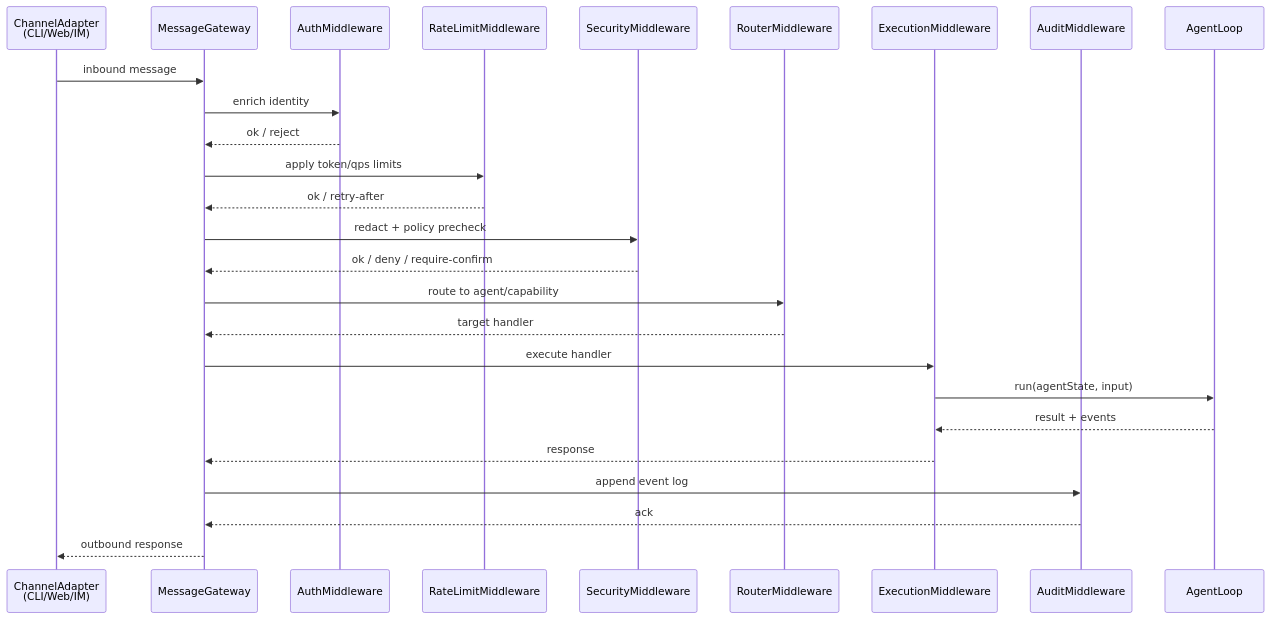
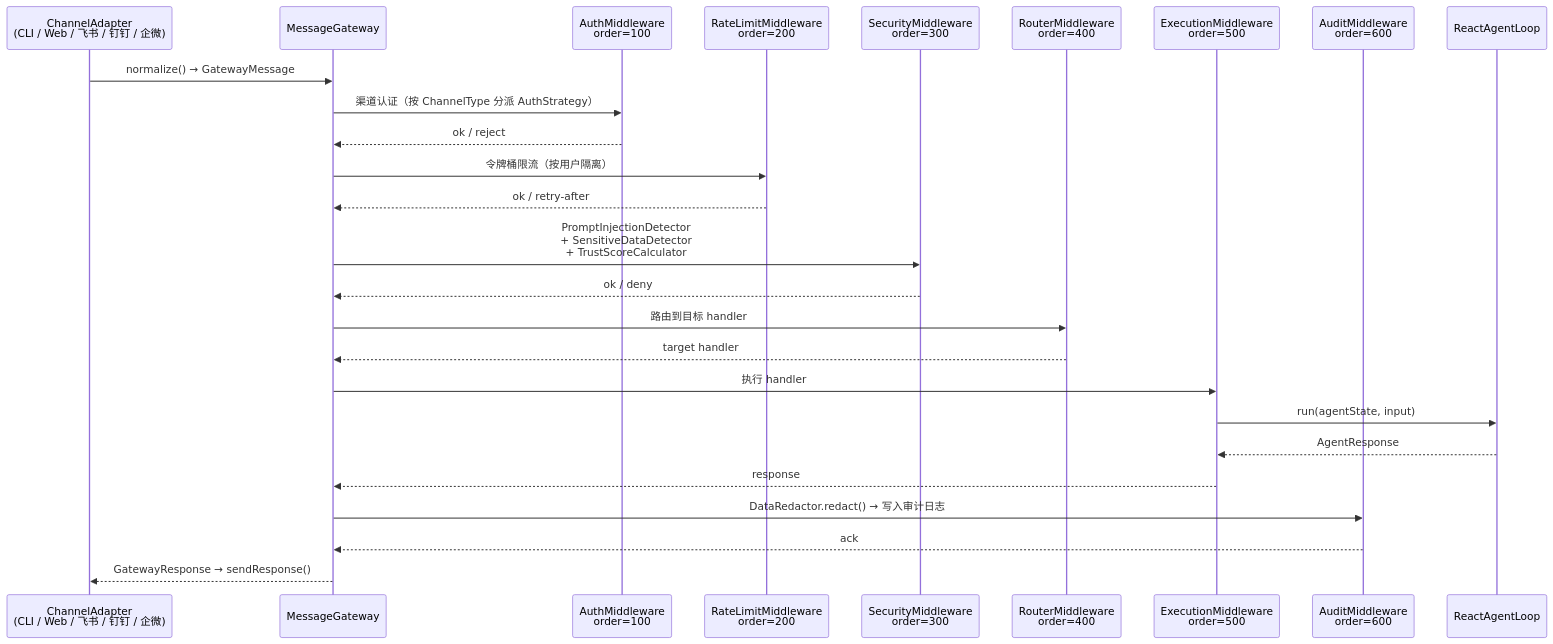
Diagram 20 of 35 in ARCHITECTURE-DIAGRAMS.md (ntygod/LifePilot), drawn with Mermaid before and after one commit. The commit also changed other lines of this file and 2 other files, not shown here.

````diff
--- a/ARCHITECTURE-DIAGRAMS.md
+++ b/ARCHITECTURE-DIAGRAMS.md
@@ -731,29 +865,34 @@
 ```mermaid
 sequenceDiagram
-    participant CH as ChannelAdapter<br/>(CLI/Web/IM)
+    participant CH as ChannelAdapter<br/>(CLI / Web / 飞书 / 钉钉 / 企微)
     participant GW as MessageGateway
-    participant AUTH as AuthMiddleware
-    participant RL as RateLimitMiddleware
-    participant SEC as SecurityMiddleware
-    participant ROUTER as RouterMiddleware
-    participant EXEC as ExecutionMiddleware
-    participant AUDIT as AuditMiddleware
-    participant AL as AgentLoop
+    participant AUTH as AuthMiddleware<br/>order=100
+    participant RL as RateLimitMiddleware<br/>order=200
+    participant SEC as SecurityMiddleware<br/>order=300
+    participant ROUTER as RouterMiddleware<br/>order=400
+    participant EXEC as ExecutionMiddleware<br/>order=500
+    participant AUDIT as AuditMiddleware<br/>order=600
+    participant Agent as ReactAgentLoop
 
-    CH->>GW: inbound message
-    GW->>AUTH: enrich identity
+    CH->>GW: normalize() → GatewayMessage
+    GW->>AUTH: 渠道认证（按 ChannelType 分派 AuthStrategy）
     AUTH-->>GW: ok / reject
-    GW->>RL: apply token/qps limits
+
+    GW->>RL: 令牌桶限流（按用户隔离）
     RL-->>GW: ok / retry-after
-    GW->>SEC: redact + policy precheck
-    SEC-->>GW: ok / deny / require-confirm
-    GW->>ROUTER: route to agent/capability
+
+    GW->>SEC: PromptInjectionDetector<br/>+ SensitiveDataDetector<br/>+ TrustScoreCalculator
+    SEC-->>GW: ok / deny
+
+    GW->>ROUTER: 路由到目标 handler
     ROUTER-->>GW: target handler
-    GW->>EXEC: execute handler
-    EXEC->>AL: run(agentState, input)
-    AL-->>EXEC: result + events
+
+    GW->>EXEC: 执行 handler
+    EXEC->>Agent: run(agentState, input)
+    Agent-->>EXEC: AgentResponse
     EXEC-->>GW: response
-    GW->>AUDIT: append event log
+
+    GW->>AUDIT: DataRedactor.redact() → 写入审计日志
     AUDIT-->>GW: ack
-    GW-->>CH: outbound response
+    GW-->>CH: GatewayResponse → sendResponse()
 ```
````
